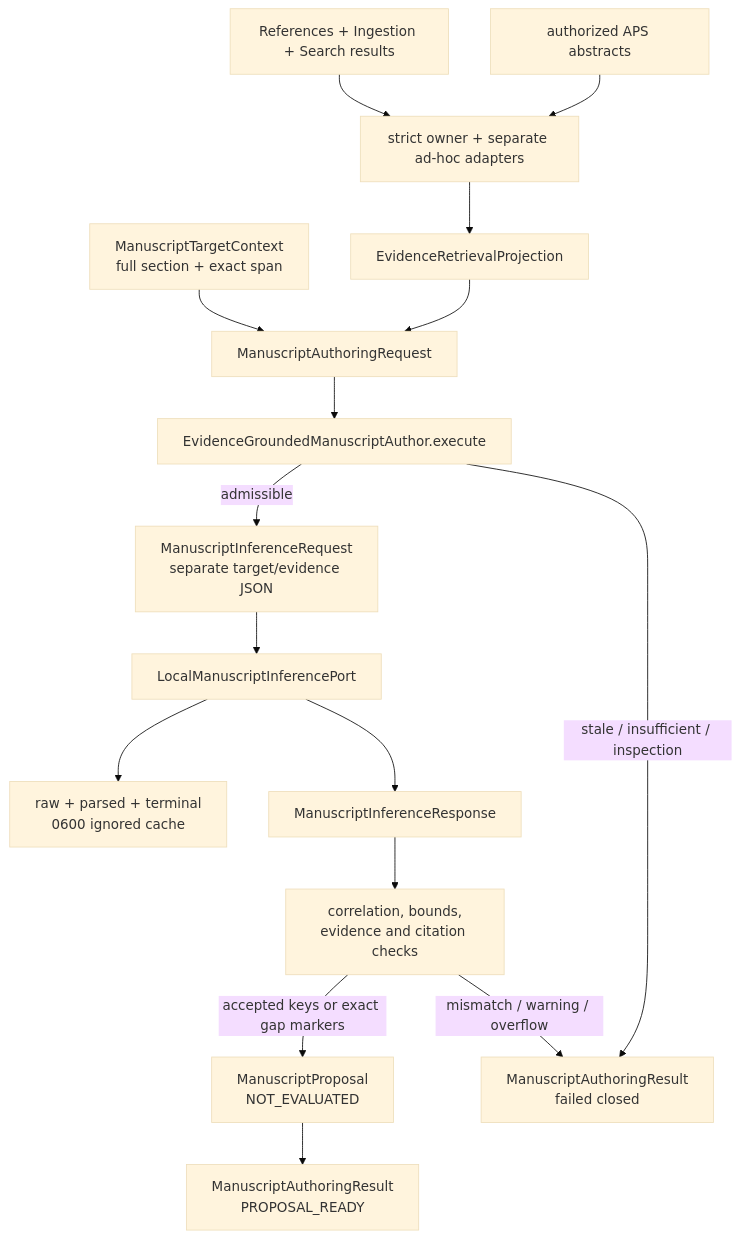
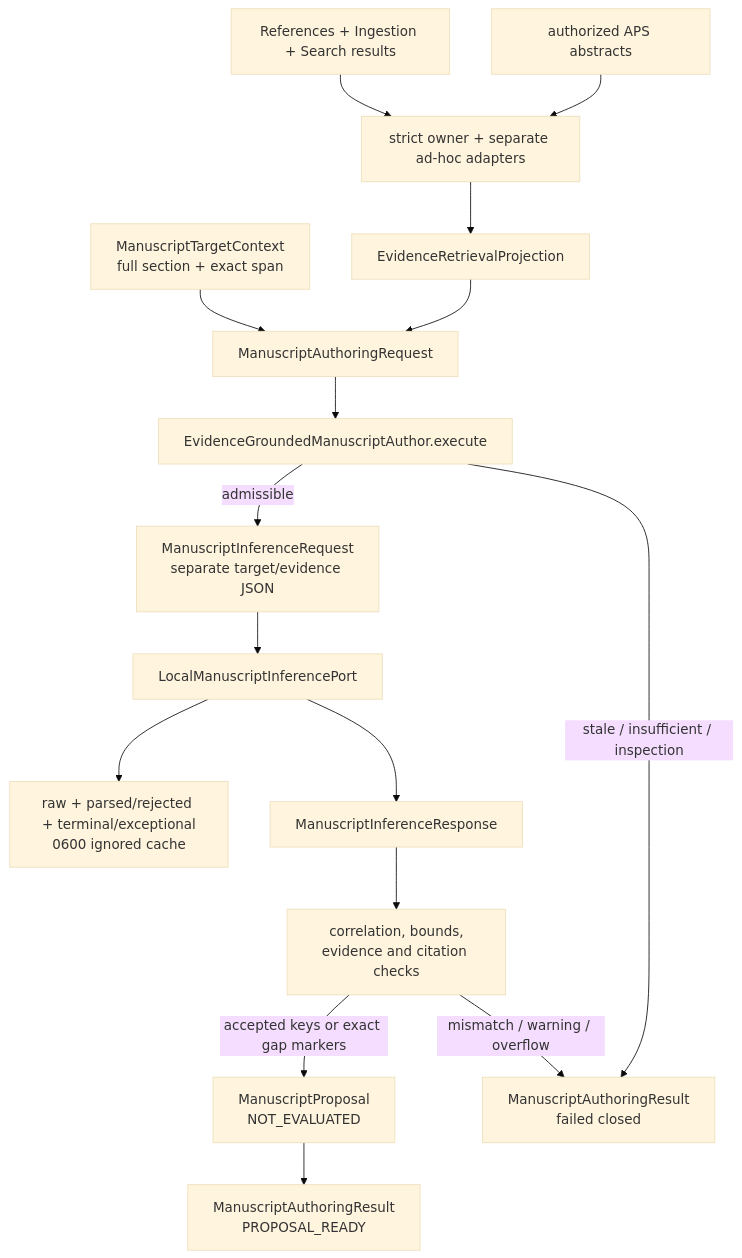
Before and after one commit to eragasa/ksdft2effmass: the diagram in docs/architecture/ksdft2effmass/publications/authoring/schematic.md, drawn with Mermaid (base theme). The commit also changed 30 other files, not shown here.

````diff
--- a/docs/architecture/ksdft2effmass/publications/authoring/schematic.md
+++ b/docs/architecture/ksdft2effmass/publications/authoring/schematic.md
@@ -3,33 +3,33 @@
 ```mermaid
 flowchart TD
     Target["ManuscriptTargetContext<br/>full section + exact span"]
     Owners["References + Ingestion + Search results"]
     Abstracts["authorized APS abstracts"]
     Adapters["strict owner + separate ad-hoc adapters"]
     Retrieval["EvidenceRetrievalProjection"]
     Request["ManuscriptAuthoringRequest"]
     Author["EvidenceGroundedManuscriptAuthor.execute"]
     Prompt["ManuscriptInferenceRequest<br/>separate target/evidence JSON"]
     Port["LocalManuscriptInferencePort"]
-    Cache["raw + parsed + terminal<br/>0600 ignored cache"]
+    Cache["raw + parsed/rejected + terminal/exceptional<br/>0600 ignored cache"]
     Response["ManuscriptInferenceResponse"]
     Checks["correlation, bounds,<br/>evidence and citation checks"]
     Proposal["ManuscriptProposal<br/>NOT_EVALUATED"]
     Failure["ManuscriptAuthoringResult<br/>failed closed"]
 
     Target --> Request
     Owners --> Adapters
     Abstracts --> Adapters
     Adapters --> Retrieval
     Retrieval --> Request
     Request --> Author
     Author -->|admissible| Prompt
     Author -->|stale / insufficient / inspection| Failure
     Prompt --> Port
     Port --> Cache
     Port --> Response
     Response --> Checks
     Checks -->|accepted keys or exact gap markers| Proposal
     Checks -->|mismatch / warning / overflow| Failure
     Proposal --> Result["ManuscriptAuthoringResult<br/>PROPOSAL_READY"]
 ```
````
